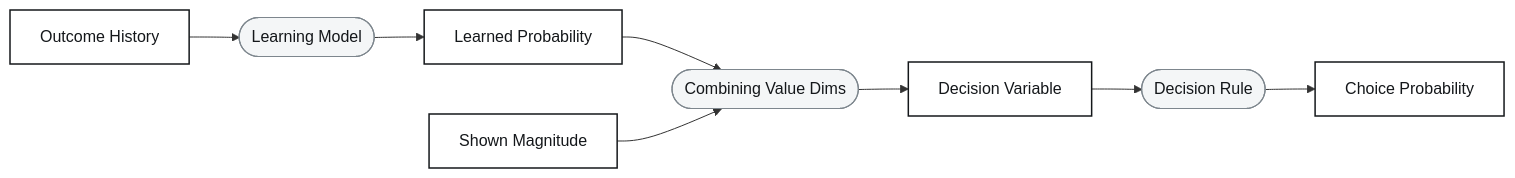
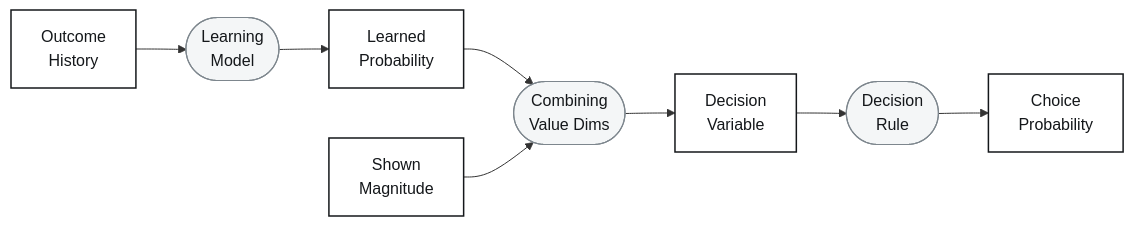
The diagram in docs/session2/diagrams/pipeline-choice.mmd (JanGrohn/ComputationalModelingBlockPractical), drawn with Mermaid before and after one commit. The commit also changed 26 other files, not shown here.

```diff
--- a/docs/session2/diagrams/pipeline-choice.mmd
+++ b/docs/session2/diagrams/pipeline-choice.mmd
@@ -1,13 +1,13 @@
 flowchart LR
-  OH["Outcome History"] --> LM(["Learning Model"])
-  LM --> LP["Learned Probability"]
-  LP --> CV(["Combining Value Dims"])
-  SM["Shown Magnitude"] --> CV
-  CV --> DV["Decision Variable"]
-  DV --> DR(["Decision Rule"])
-  DR --> CP["Choice Probability"]
+  OH["Outcome<br>History"] --> LM(["Learning<br>Model"])
+  LM --> LP["Learned<br>Probability"]
+  LP --> CV(["Combining<br>Value Dims"])
+  SM["Shown<br>Magnitude"] --> CV
+  CV --> DV["Decision<br>Variable"]
+  DV --> DR(["Decision<br>Rule"])
+  DR --> CP["Choice<br>Probability"]
 
   classDef state fill:#ffffff,stroke:#14171a,stroke-width:1.5px,color:#14171a;
   classDef op fill:#f4f6f7,stroke:#7d868d,stroke-width:1.2px,color:#14171a;
   class OH,LP,SM,DV,CP state;
   class LM,CV,DR op;
```
